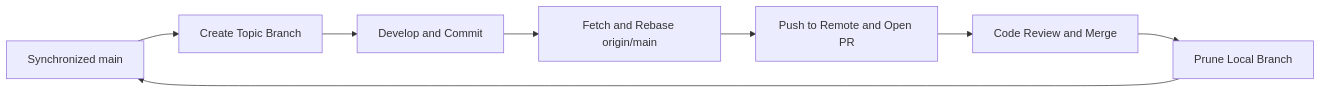
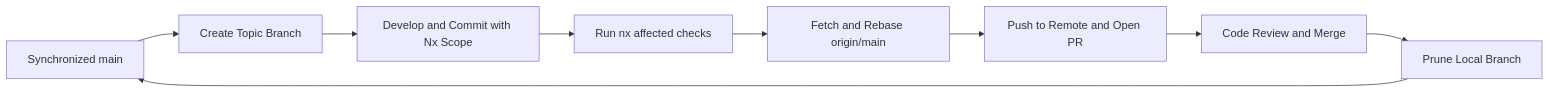
The diagram in docs/GIT_WORKFLOW.md (dkv12345/CineHub), drawn with Mermaid before and after one commit. The commit also changed other lines of this file and 15 other files, not shown here.

````diff
--- a/docs/GIT_WORKFLOW.md
+++ b/docs/GIT_WORKFLOW.md
@@ -19,10 +19,11 @@
 ```mermaid
 graph LR
     A[Synchronized main] --> B[Create Topic Branch]
-    B --> C[Develop and Commit]
-    C --> D[Fetch and Rebase origin/main]
-    D --> E[Push to Remote and Open PR]
-    E --> F[Code Review and Merge]
-    F --> G[Prune Local Branch]
-    G --> A
+    B --> C[Develop and Commit with Nx Scope]
+    C --> D[Run nx affected checks]
+    D --> E[Fetch and Rebase origin/main]
+    E --> F[Push to Remote and Open PR]
+    F --> G[Code Review and Merge]
+    G --> H[Prune Local Branch]
+    H --> A
 ```
````
